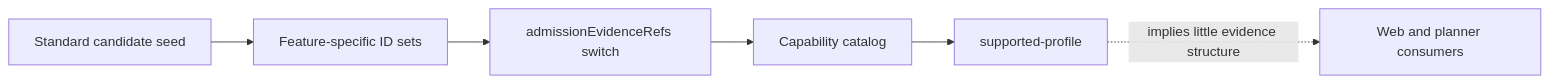
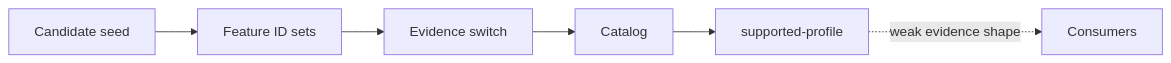
One commit to dunay2/dvt changed the first of 2 diagrams in docs/planning/proposals/mandatory/runtime-and-contracts/vtx2-standard-first-capability-admission-plan-20260903.md. Above: the diagram before and after it, drawn with Mermaid. The commit also changed other lines of this file and 6 other files, not shown here.

Commit message:
docs(contracts): Record capability admission evidence and risk

````diff
--- a/docs/planning/proposals/mandatory/runtime-and-contracts/vtx2-standard-first-capability-admission-plan-20260903.md
+++ b/docs/planning/proposals/mandatory/runtime-and-contracts/vtx2-standard-first-capability-admission-plan-20260903.md
@@ -66,8 +39,6 @@
 ```mermaid
 flowchart LR
-  Candidate[Standard candidate seed] --> IDs[Feature-specific ID sets]
-  IDs --> Switch[admissionEvidenceRefs switch]
-  Switch --> Catalog[Capability catalog]
-  Catalog --> Status[supported-profile]
-  Status -. implies little evidence structure .-> Consumer[Web and planner consumers]
+  Candidate[Candidate seed] --> IDs[Feature ID sets] --> Switch[Evidence switch]
+  Switch --> Catalog[Catalog] --> Status[supported-profile]
+  Status -. weak evidence shape .-> Consumer[Consumers]
 ```
````
